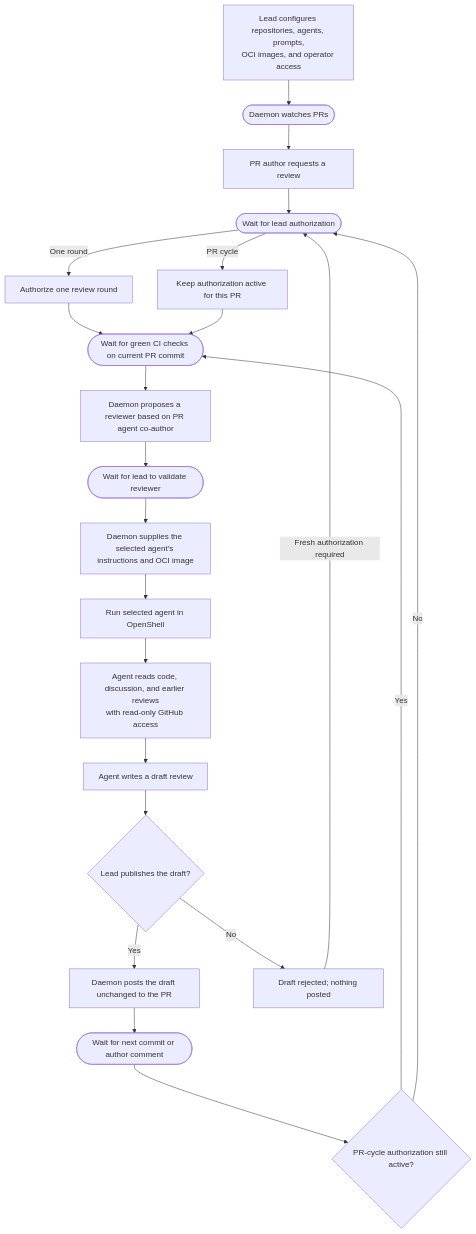
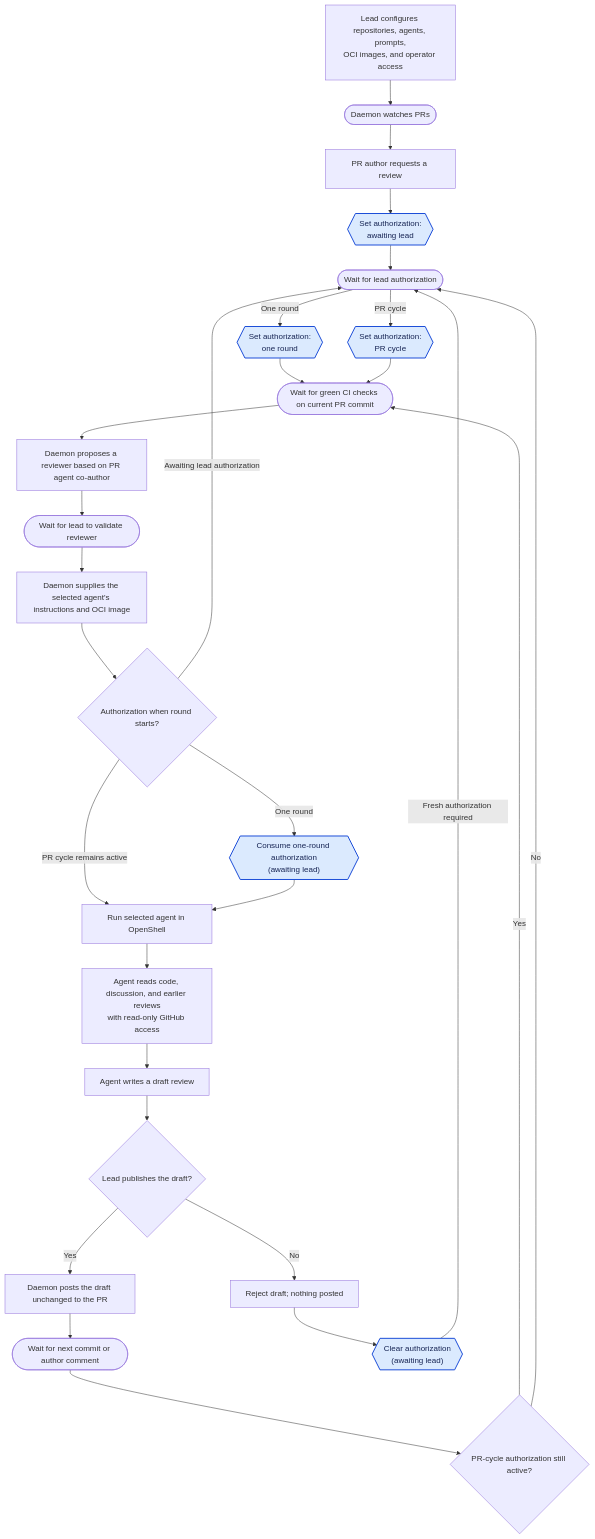
Before and after one commit to feloy/review-platform: the diagram in README.md, drawn with Mermaid. The commit also changed other lines of this file and 11 other files, not shown here.

````diff
--- a/README.md
+++ b/README.md
@@ -55,27 +167,36 @@
 ```mermaid
 flowchart TD
     A["Lead configures repositories, agents, prompts,<br/>OCI images, and operator access"] --> B([Daemon watches PRs])
     B --> C["PR author requests a review"]
-    C --> D([Wait for lead authorization])
-    D -->|One round| E["Authorize one review round"]
-    D -->|PR cycle| F["Keep authorization active for this PR"]
+    C --> INIT{{"Set authorization:<br/>awaiting lead"}}
+    INIT --> D([Wait for lead authorization])
+    D -->|One round| E{{"Set authorization:<br/>one round"}}
+    D -->|PR cycle| F{{"Set authorization:<br/>PR cycle"}}
 
     E --> G([Wait for green CI checks on current PR commit])
     F --> G
     G --> H["Daemon proposes a reviewer based on PR agent co-author"]
     H --> R([Wait for lead to validate reviewer])
     R --> S["Daemon supplies the selected agent's instructions and OCI image"]
-    S --> I["Run selected agent in OpenShell"]
+    S --> T{"Authorization when round starts?"}
+    T -->|One round| U{{"Consume one-round authorization<br/>(awaiting lead)"}}
+    T -->|PR cycle remains active| I["Run selected agent in OpenShell"]
+    T -->|Awaiting lead authorization| D
+    U --> I
 
     I --> J["Agent reads code, discussion, and earlier reviews<br/>with read-only GitHub access"]
     J --> K["Agent writes a draft review"]
     K --> L{"Lead publishes the draft?"}
     L -->|Yes| M["Daemon posts the draft unchanged to the PR"]
-    L -->|No| N["Draft rejected; nothing posted"]
+    L -->|No| N["Reject draft; nothing posted"]
 
     M --> O([Wait for next commit or author comment])
-    N -->|Fresh authorization required| D
+    N --> RESET{{"Clear authorization<br/>(awaiting lead)"}}
+    RESET -->|Fresh authorization required| D
     O --> P{"PR-cycle authorization still active?"}
     P -->|Yes| G
     P -->|No| D
+
+    classDef stateChange fill:#dbeafe,stroke:#1d4ed8,stroke-width:2px,color:#172554;
+    class INIT,E,F,U,RESET stateChange;
 ```
````
